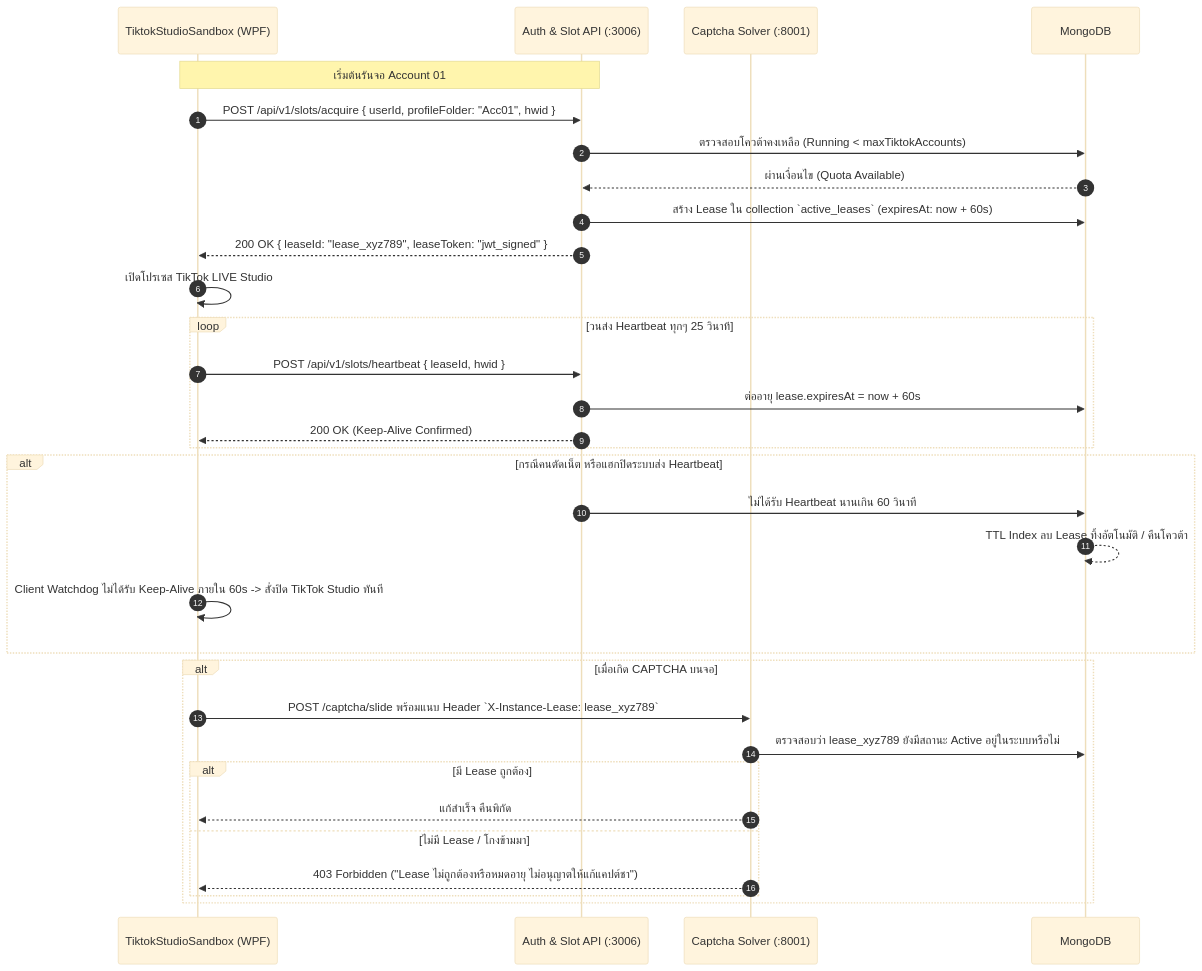
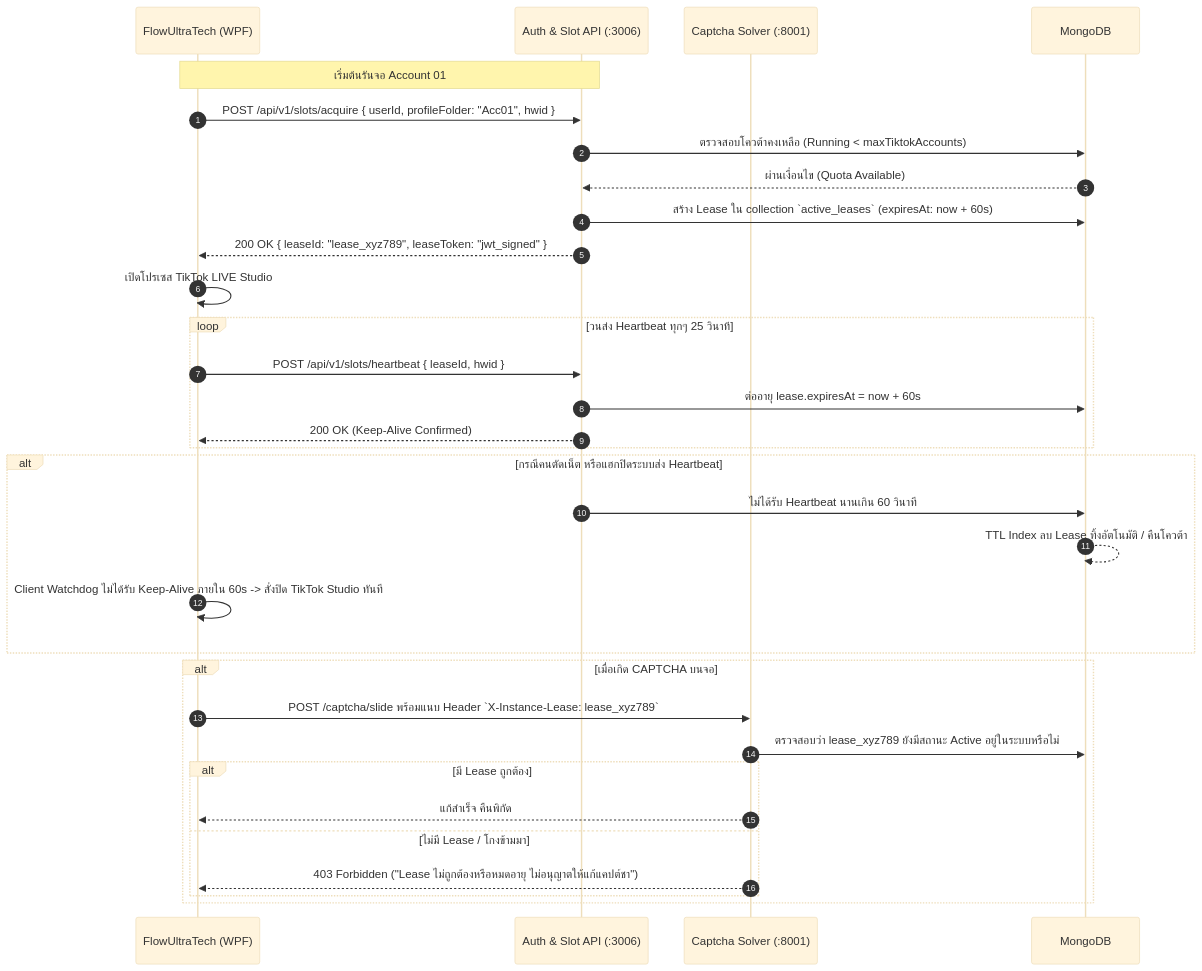
Before and after one commit to sawaddee123/FlowUltraTechDesktop: the third of 3 diagrams in docs/10_anti_circumvention_and_account_enforcement.md, drawn with Mermaid (base theme). The commit also changed other lines of this file and 195 other files, not shown here.

Commit message:
feat: release FlowUltraTech v1.0.1 with Symbol Captcha solver and precision coordinate scaling

````diff
--- a/docs/10_anti_circumvention_and_account_enforcement.md
+++ b/docs/10_anti_circumvention_and_account_enforcement.md
@@ -119,38 +119,38 @@
 ```mermaid
 sequenceDiagram
     autonumber
-    participant App as TiktokStudioSandbox (WPF)
+    participant App as FlowUltraTech (WPF)
     participant Auth as Auth & Slot API (:3006)
     participant Solver as Captcha Solver (:8001)
     participant DB as MongoDB
 
     Note over App,Auth: เริ่มต้นรันจอ Account 01
     App->>Auth: POST /api/v1/slots/acquire { userId, profileFolder: "Acc01", hwid }
     Auth->>DB: ตรวจสอบโควต้าคงเหลือ (Running < maxTiktokAccounts)
     DB-->>Auth: ผ่านเงื่อนไข (Quota Available)
     Auth->>DB: สร้าง Lease ใน collection `active_leases` (expiresAt: now + 60s)
     Auth-->>App: 200 OK { leaseId: "lease_xyz789", leaseToken: "jwt_signed" }
     App->>App: เปิดโปรเซส TikTok LIVE Studio
 
     loop วนส่ง Heartbeat ทุกๆ 25 วินาที
         App->>Auth: POST /api/v1/slots/heartbeat { leaseId, hwid }
         Auth->>DB: ต่ออายุ lease.expiresAt = now + 60s
         Auth-->>App: 200 OK (Keep-Alive Confirmed)
     end
 
     alt กรณีคนตัดเน็ต หรือแฮกปิดระบบส่ง Heartbeat
         Auth->>DB: ไม่ได้รับ Heartbeat นานเกิน 60 วินาที
         DB-->>DB: TTL Index ลบ Lease ทิ้งอัตโนมัติ / คืนโควต้า
         App->>App: Client Watchdog ไม่ได้รับ Keep-Alive ภายใน 60s -> สั่งปิด TikTok Studio ทันที
     end
 
     alt เมื่อเกิด CAPTCHA บนจอ
         App->>Solver: POST /captcha/slide พร้อมแนบ Header `X-Instance-Lease: lease_xyz789`
         Solver->>DB: ตรวจสอบว่า lease_xyz789 ยังมีสถานะ Active อยู่ในระบบหรือไม่
         alt มี Lease ถูกต้อง
             Solver-->>App: แก้สำเร็จ คืนพิกัด
         else ไม่มี Lease / โกงข้ามมา
             Solver-->>App: 403 Forbidden ("Lease ไม่ถูกต้องหรือหมดอายุ ไม่อนุญาตให้แก้แคปต์ชา")
         end
     end
 ```
````
